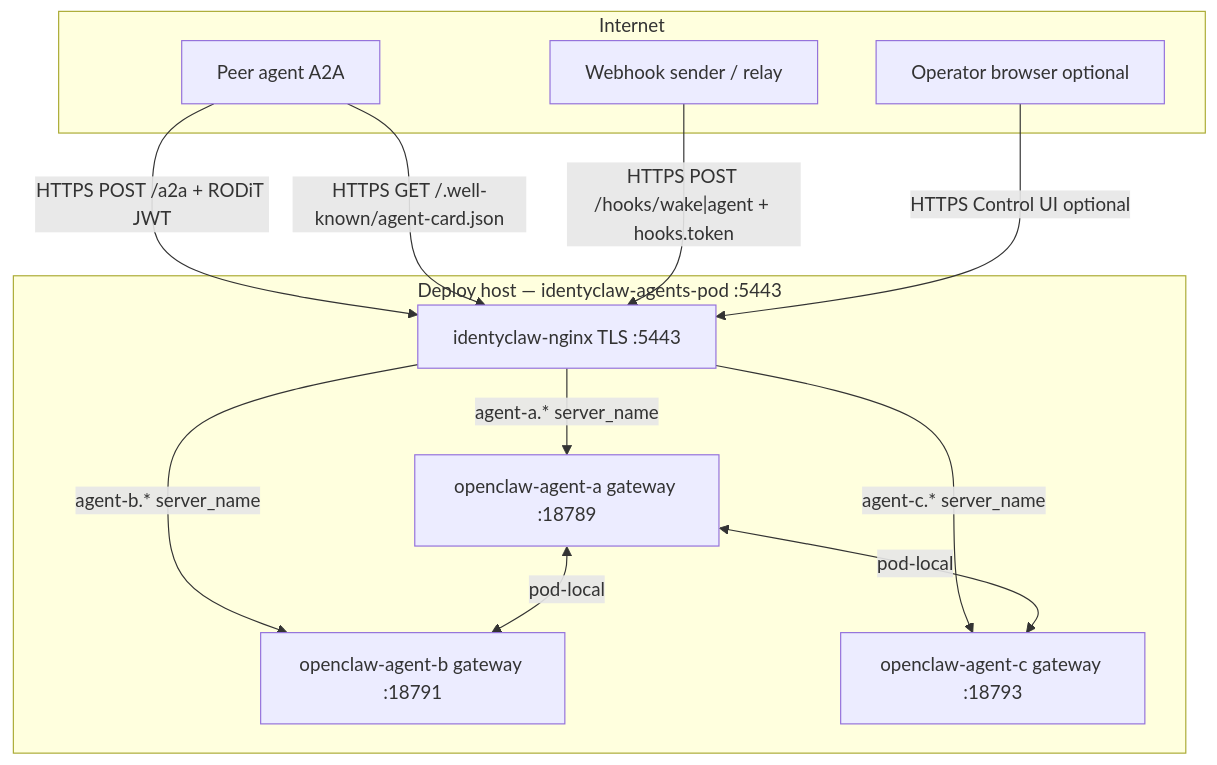
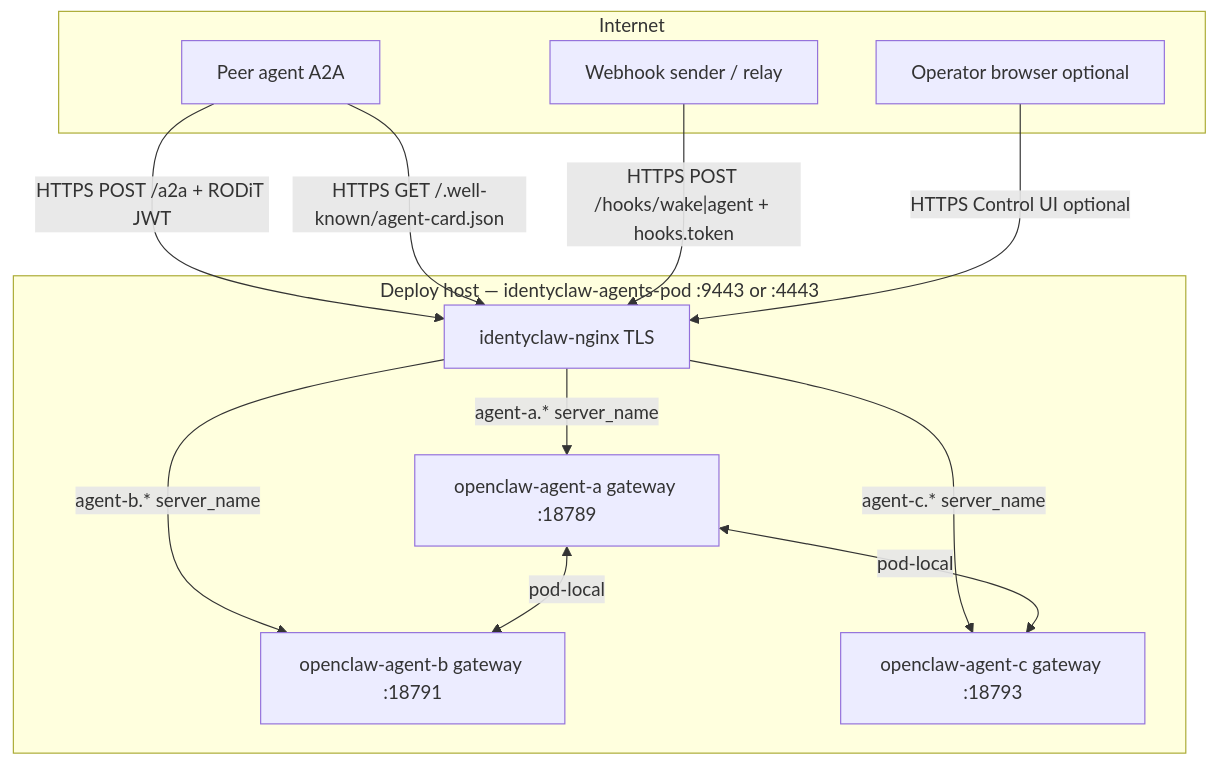
One commit to discernible-io/openclaw-agents changed the first of 3 diagrams in security-compliance-improvements.md. Above: the diagram before and after it, drawn with Mermaid. The commit also changed other lines of this file and 12 other files, not shown here.

````diff
--- a/security-compliance-improvements.md
+++ b/security-compliance-improvements.md
@@ -61,25 +193,25 @@
 ```mermaid
 flowchart TB
   subgraph internet [Internet]
     PEER[Peer agent A2A]
     WH[Webhook sender / relay]
     OP[Operator browser optional]
   end
 
-  subgraph host [Deploy host — identyclaw-agents-pod :5443]
-    NGX[identyclaw-nginx TLS :5443]
+  subgraph host [Deploy host — identyclaw-agents-pod :9443 or :4443]
+    NGX[identyclaw-nginx TLS]
     A[openclaw-agent-a gateway :18789]
     B[openclaw-agent-b gateway :18791]
     C[openclaw-agent-c gateway :18793]
     NGX -->|agent-a.* server_name| A
     NGX -->|agent-b.* server_name| B
     NGX -->|agent-c.* server_name| C
   end
 
   PEER -->|"HTTPS POST /a2a + RODiT JWT"| NGX
   PEER -->|"HTTPS GET /.well-known/agent-card.json"| NGX
   WH -->|"HTTPS POST /hooks/wake|agent + hooks.token"| NGX
   OP -->|HTTPS Control UI optional| NGX
   A <-->|pod-local| B
   A <-->|pod-local| C
 ```
````
